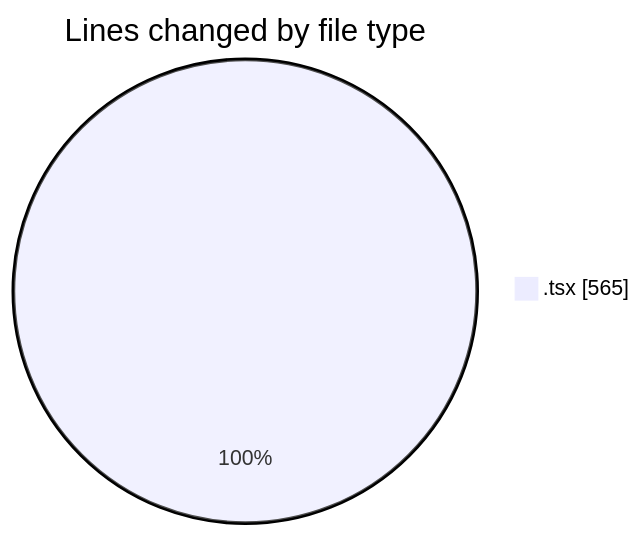
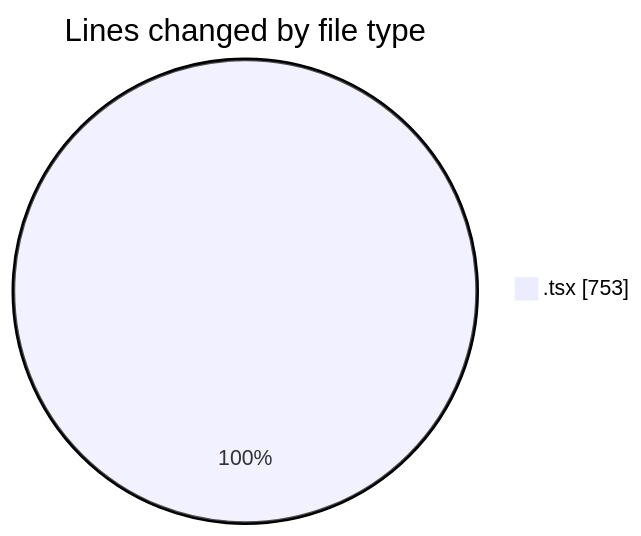
One commit to nxtqubesakshisongat/code-tracking changed the first of 2 diagrams in 2026-02-12/nxtqube_webapp/README.md. Above: the diagram before and after it, drawn with Mermaid. The commit also changed other lines of this file and 1 other file, not shown here.

````diff
--- a/2026-02-12/nxtqube_webapp/README.md
+++ b/2026-02-12/nxtqube_webapp/README.md
@@ -21,5 +21,5 @@
 ```mermaid
 pie showData
 title Lines changed by file type
-".tsx" : 565
+".tsx" : 753
 ```
````
